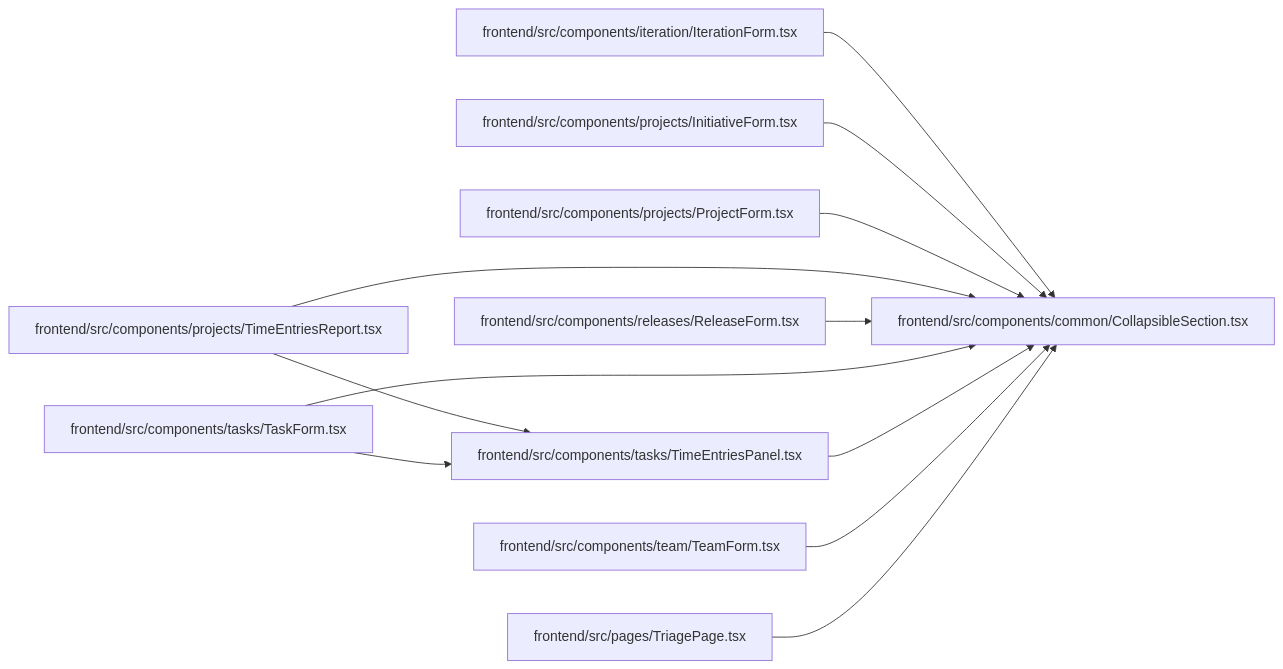
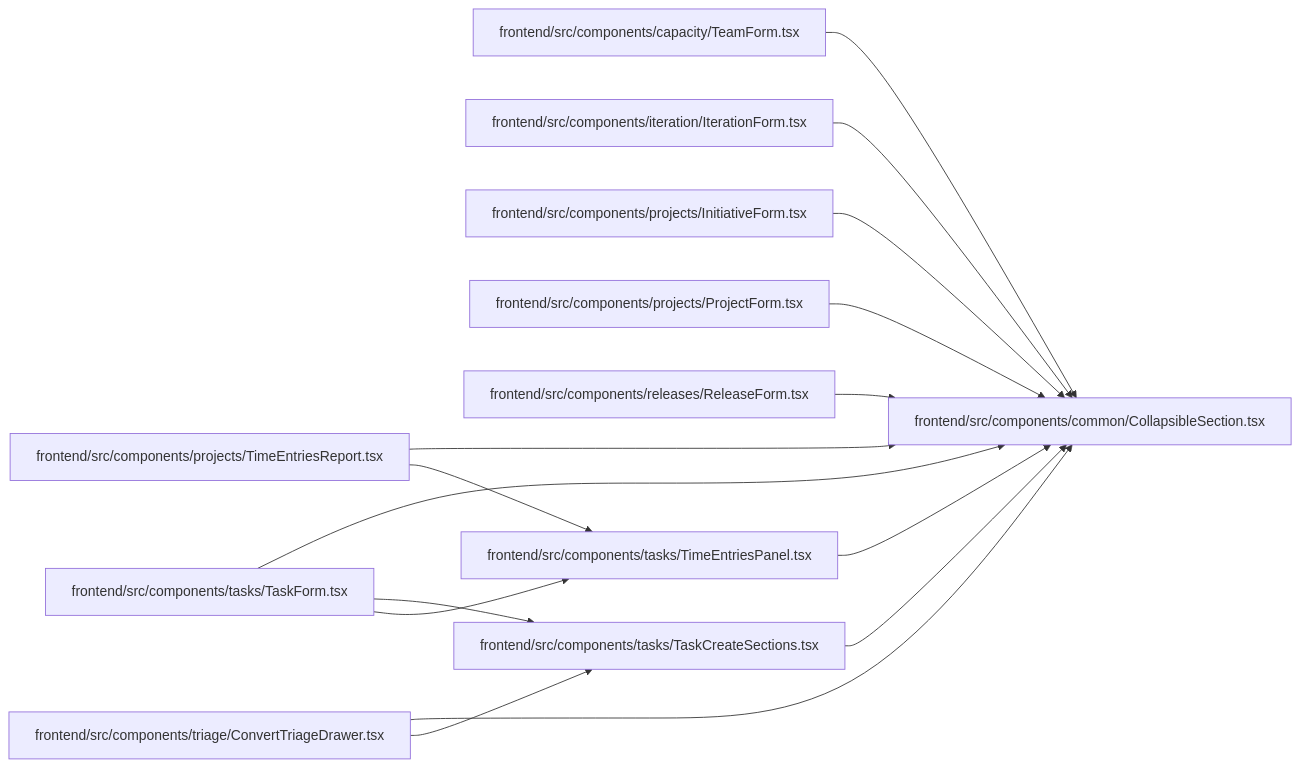
Before and after one commit to Denissvgn/WorkChord: the diagram in docs/llm_wiki/modules/CollapsibleSection.md, drawn with Mermaid. The commit also changed other lines of this file and 2373 other files, not shown here.

````diff
--- a/docs/llm_wiki/modules/CollapsibleSection.md
+++ b/docs/llm_wiki/modules/CollapsibleSection.md
@@ -26,34 +26,39 @@
 ```mermaid
 flowchart LR
-    n0["frontend/src/components/common/CollapsibleSection.tsx"]
-    n1["frontend/src/components/iteration/IterationForm.tsx"]
-    n2["frontend/src/components/projects/InitiativeForm.tsx"]
-    n3["frontend/src/components/projects/ProjectForm.tsx"]
-    n4["frontend/src/components/projects/TimeEntriesReport.tsx"]
-    n5["frontend/src/components/releases/ReleaseForm.tsx"]
-    n6["frontend/src/components/tasks/TaskForm.tsx"]
-    n7["frontend/src/components/tasks/TimeEntriesPanel.tsx"]
-    n8["frontend/src/components/team/TeamForm.tsx"]
-    n9["frontend/src/pages/TriagePage.tsx"]
-    n1 --> n0
-    n2 --> n0
-    n3 --> n0
-    n4 --> n0
-    n4 --> n7
-    n5 --> n0
-    n6 --> n0
-    n6 --> n7
-    n7 --> n0
-    n8 --> n0
-    n9 --> n0
-    click n0 "../modules/CollapsibleSection.md"
-    click n1 "../modules/IterationForm.md"
-    click n2 "../modules/InitiativeForm.md"
-    click n3 "../modules/ProjectForm.md"
-    click n4 "../modules/TimeEntriesReport.md"
-    click n5 "../modules/ReleaseForm.md"
-    click n6 "../modules/TaskForm.md"
-    click n7 "../modules/TimeEntriesPanel.md"
-    click n8 "../modules/TeamForm.md"
-    click n9 "../modules/TriagePage.md"
+    n0["frontend/src/components/capacity/TeamForm.tsx"]
+    n1["frontend/src/components/common/CollapsibleSection.tsx"]
+    n2["frontend/src/components/iteration/IterationForm.tsx"]
+    n3["frontend/src/components/projects/InitiativeForm.tsx"]
+    n4["frontend/src/components/projects/ProjectForm.tsx"]
+    n5["frontend/src/components/projects/TimeEntriesReport.tsx"]
+    n6["frontend/src/components/releases/ReleaseForm.tsx"]
+    n7["frontend/src/components/tasks/TaskCreateSections.tsx"]
+    n8["frontend/src/components/tasks/TaskForm.tsx"]
+    n9["frontend/src/components/tasks/TimeEntriesPanel.tsx"]
+    n10["frontend/src/components/triage/ConvertTriageDrawer.tsx"]
+    n0 --> n1
+    n2 --> n1
+    n3 --> n1
+    n4 --> n1
+    n5 --> n1
+    n5 --> n9
+    n6 --> n1
+    n7 --> n1
+    n8 --> n1
+    n8 --> n7
+    n8 --> n9
+    n9 --> n1
+    n10 --> n1
+    n10 --> n7
+    click n0 "../modules/TeamForm.md"
+    click n1 "../modules/CollapsibleSection.md"
+    click n2 "../modules/IterationForm.md"
+    click n3 "../modules/InitiativeForm.md"
+    click n4 "../modules/ProjectForm.md"
+    click n5 "../modules/TimeEntriesReport.md"
+    click n6 "../modules/ReleaseForm.md"
+    click n7 "../modules/TaskCreateSections.md"
+    click n8 "../modules/TaskForm.md"
+    click n9 "../modules/TimeEntriesPanel.md"
+    click n10 "../modules/ConvertTriageDrawer.md"
 ```
````
